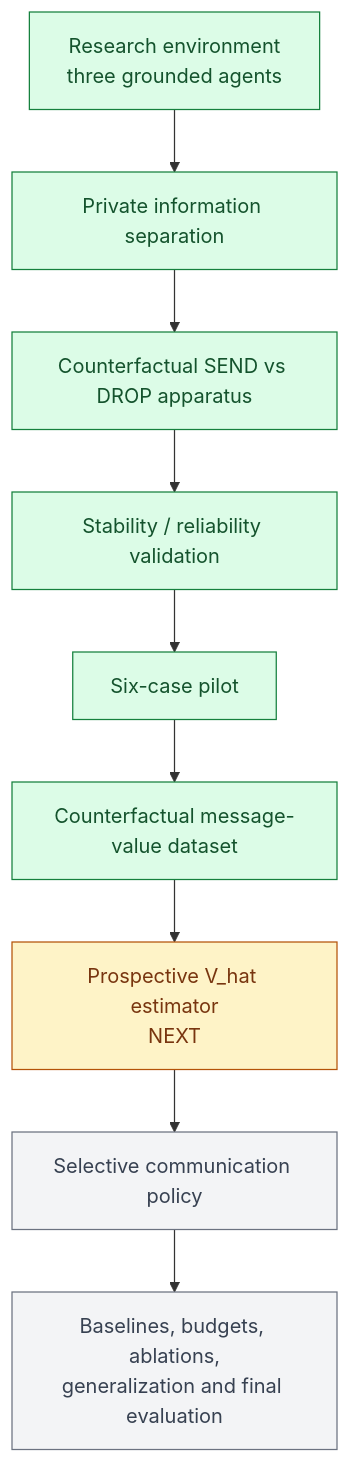
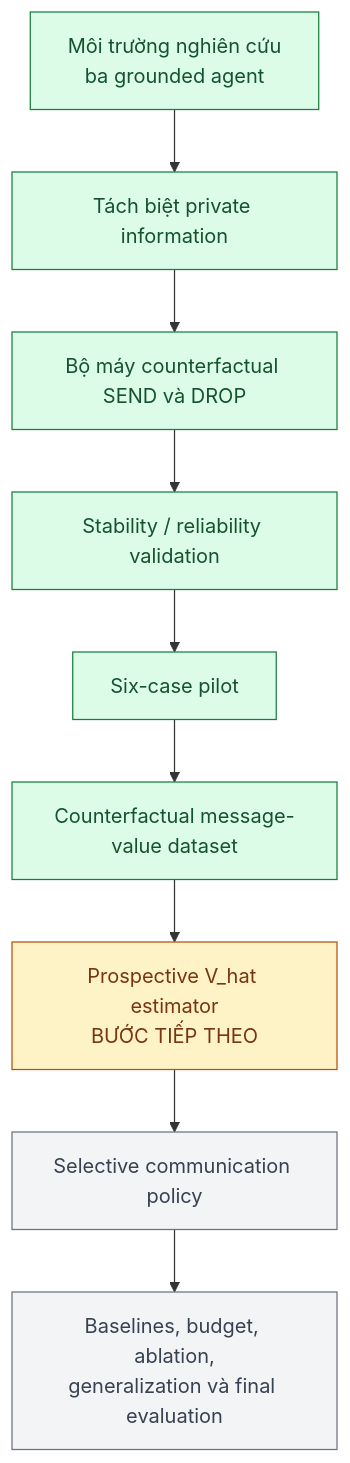
The second of 2 diagrams in README.md (Dung092005/multiAgent_research), drawn with Mermaid before and after one commit. The commit also changed other lines of this file, not shown here.

Commit message:
docs: translate research README to Vietnamese

```diff
--- a/README.md
+++ b/README.md
@@ -366,17 +366,17 @@
 ~~~mermaid
 flowchart TD
-    A[Research environment<br/>three grounded agents] --> B[Private information separation]
-    B --> C[Counterfactual SEND vs DROP apparatus]
+    A[Môi trường nghiên cứu<br/>ba grounded agent] --> B[Tách biệt private information]
+    B --> C[Bộ máy counterfactual SEND và DROP]
     C --> D[Stability / reliability validation]
     D --> E[Six-case pilot]
     E --> F[Counterfactual message-value dataset]
-    F --> G[Prospective V_hat estimator<br/>NEXT]
+    F --> G[Prospective V_hat estimator<br/>BƯỚC TIẾP THEO]
     G --> H[Selective communication policy]
-    H --> I[Baselines, budgets, ablations,<br/>generalization and final evaluation]
+    H --> I[Baselines, budget, ablation,<br/>generalization và final evaluation]
     classDef done fill:#dcfce7,stroke:#15803d,color:#14532d;
     classDef next fill:#fef3c7,stroke:#b45309,color:#78350f;
     classDef later fill:#f3f4f6,stroke:#6b7280,color:#374151;
     class A,B,C,D,E,F done;
     class G next;
     class H,I later;
 ~~~
```
